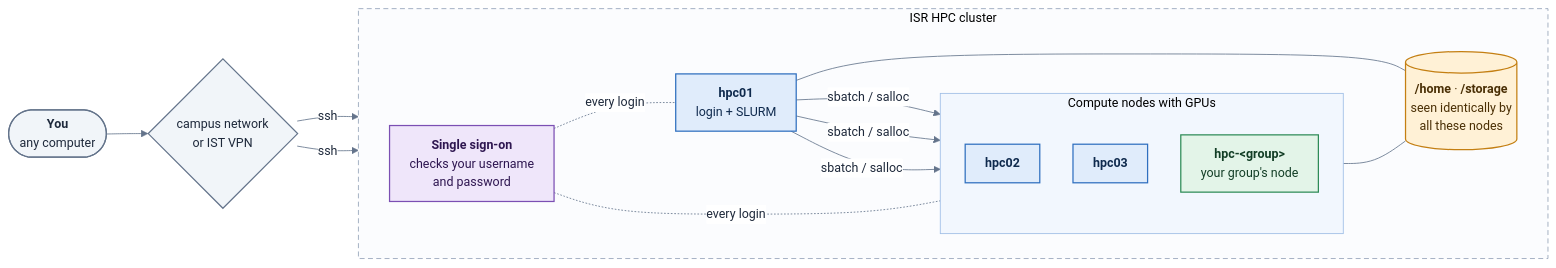
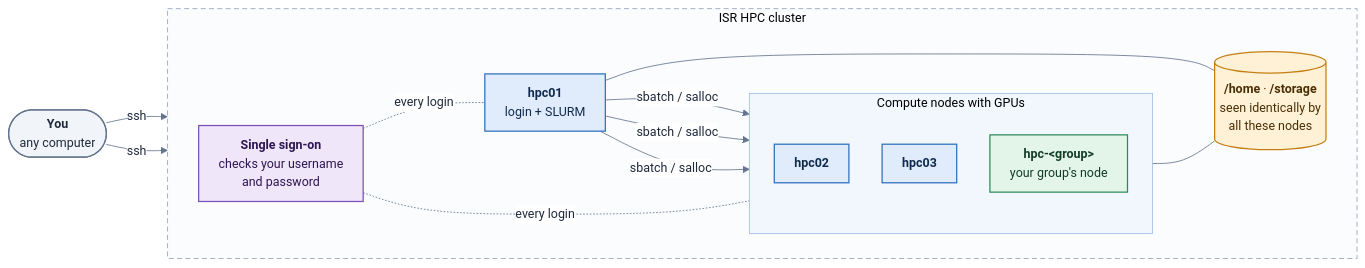
The diagram in docs/overview/network.md (hpc-isr/hpc-docs), drawn with Mermaid before and after one commit.

Commit message:
Network diagram: remove the network node between You and the cluster

````diff
--- a/docs/overview/network.md
+++ b/docs/overview/network.md
@@ -26,40 +26,38 @@
 ```mermaid
 %%{init: {"theme": "base", "flowchart": {"curve": "basis", "nodeSpacing": 40, "rankSpacing": 50, "padding": 12}, "themeVariables": {"fontFamily": "Inter, Segoe UI, Helvetica Neue, Arial, sans-serif", "fontSize": "15px", "primaryColor": "#ffffff", "primaryBorderColor": "#94a3b8", "primaryTextColor": "#1e293b", "lineColor": "#64748b", "clusterBkg": "#f8fafc", "clusterBorder": "#cbd5e1", "edgeLabelBackground": "#ffffff"}}}%%
 flowchart LR
     ME(["<b>You</b><br/>any computer"])
-    NET{"campus network<br/>or IST VPN"}
     subgraph CLUSTER["ISR HPC cluster"]
         direction LR
         H1["<b>hpc01</b><br/>login + SLURM"]
         subgraph COMPUTE["Compute nodes with GPUs"]
             direction TB
             H2["<b>hpc02</b>"]
             H3["<b>hpc03</b>"]
             GN["<b>hpc-#lt;group#gt;</b><br/>your group's node"]
         end
         STORE[("<b>/home</b> · <b>/storage</b><br/>seen identically by<br/>all these nodes")]
         SSO["<b>Single sign-on</b><br/>checks your username<br/>and password"]
     end
-    ME --> NET
-    NET -- "ssh" --> H1
-    NET -- "ssh" --> GN
+    ME -- "ssh" --> H1
+    ME -- "ssh" --> GN
     H1 -- "sbatch / salloc" --> H2
     H1 -- "sbatch / salloc" --> H3
     H1 -- "sbatch / salloc" --> GN
     H1 --- STORE
     COMPUTE --- STORE
     SSO -. "every login" .- H1
     SSO -. "every login" .- GN
     classDef you fill:#f1f5f9,stroke:#64748b,stroke-width:1.5px,color:#1e293b
     classDef shared fill:#e0ecfb,stroke:#2f6fbf,stroke-width:1.5px,color:#0f2a4d
     classDef group fill:#e3f4e8,stroke:#2e8b57,stroke-width:1.5px,color:#123d25
     classDef store fill:#fff1d6,stroke:#c47f12,stroke-width:1.5px,color:#4a2f05
     classDef fast fill:#efe6fa,stroke:#7b4fb3,stroke-width:1.5px,color:#2e1650
-    class ME,NET you
+    class ME you
     class H1,H2,H3 shared
     class GN group
     class STORE store
     class SSO fast
     style CLUSTER fill:#fbfcfe,stroke:#94a3b8,stroke-dasharray:6 4
     style COMPUTE fill:#f2f7fe,stroke:#9dbde6
 ```
````
